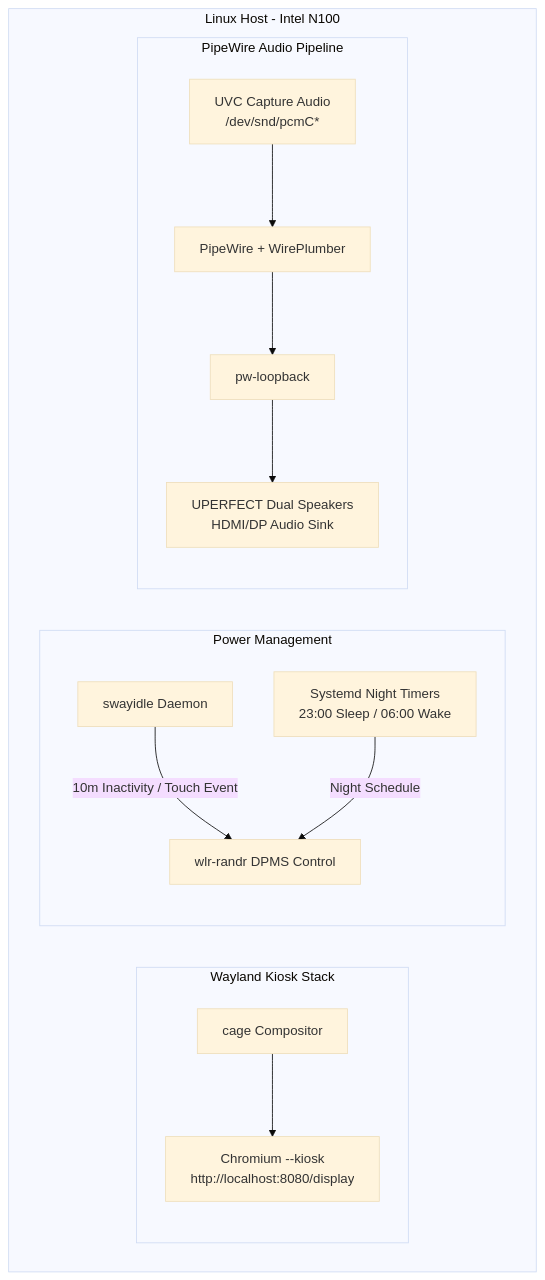
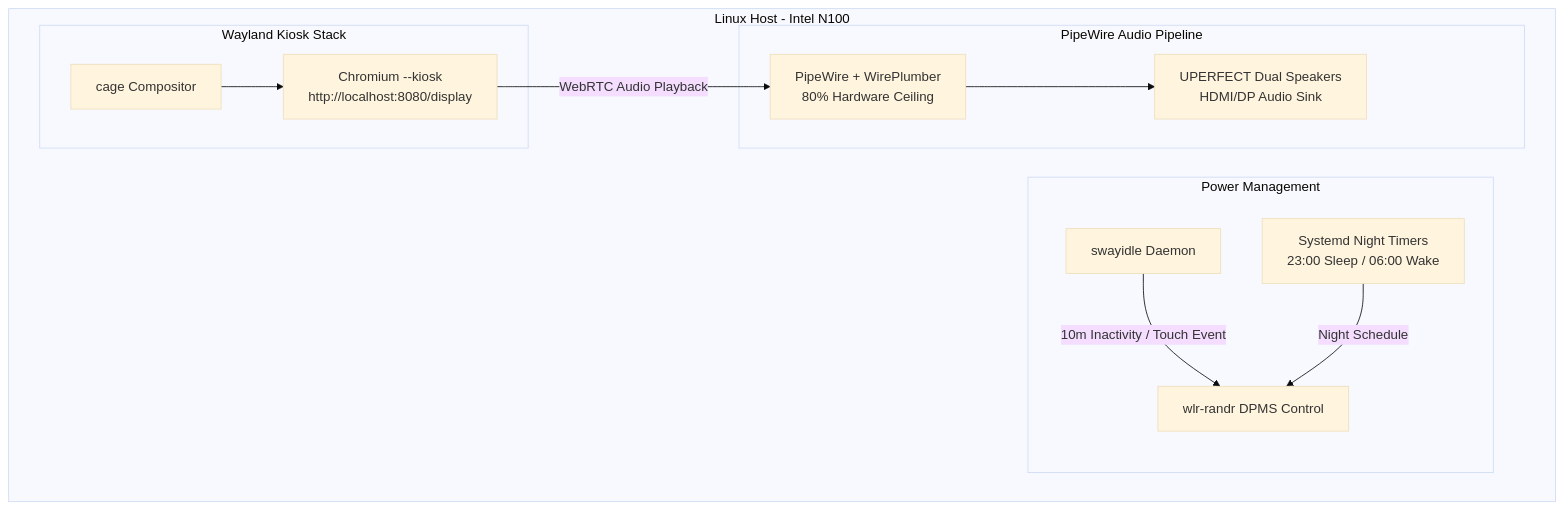
The diagram in specs/010-touch-kiosk-client.md (azylman/mirrormere), drawn with Mermaid (base theme) before and after one commit. The commit also changed other lines of this file and 4 other files, not shown here.

````diff
--- a/specs/010-touch-kiosk-client.md
+++ b/specs/010-touch-kiosk-client.md
@@ -23,28 +23,25 @@
 ```mermaid
 flowchart TD
     subgraph Host [Linux Host - Intel N100]
         subgraph DisplayStack [Wayland Kiosk Stack]
             Cage[cage Compositor]
             Chromium[Chromium --kiosk\nhttp://localhost:8080/display]
             Cage --> Chromium
         end
 
         subgraph PowerStack [Power Management]
             SwayIdle[swayidle Daemon]
             Timers[Systemd Night Timers\n23:00 Sleep / 06:00 Wake]
             WlrRandr[wlr-randr DPMS Control]
             SwayIdle -->|10m Inactivity / Touch Event| WlrRandr
             Timers -->|Night Schedule| WlrRandr
         end
 
         subgraph AudioStack [PipeWire Audio Pipeline]
-            UVC[UVC Capture Audio\n/dev/snd/pcmC*]
-            PW[PipeWire + WirePlumber]
-            Loopback[pw-loopback]
+            PW[PipeWire + WirePlumber\n80% Hardware Ceiling]
             Speakers[UPERFECT Dual Speakers\nHDMI/DP Audio Sink]
-            UVC --> PW
-            PW --> Loopback
-            Loopback --> Speakers
+            Chromium -->|WebRTC Audio Playback| PW
+            PW --> Speakers
         end
     end
 ```
````
